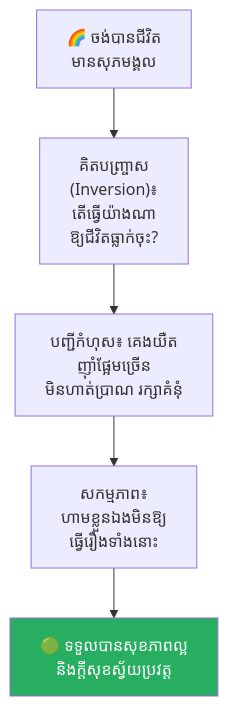
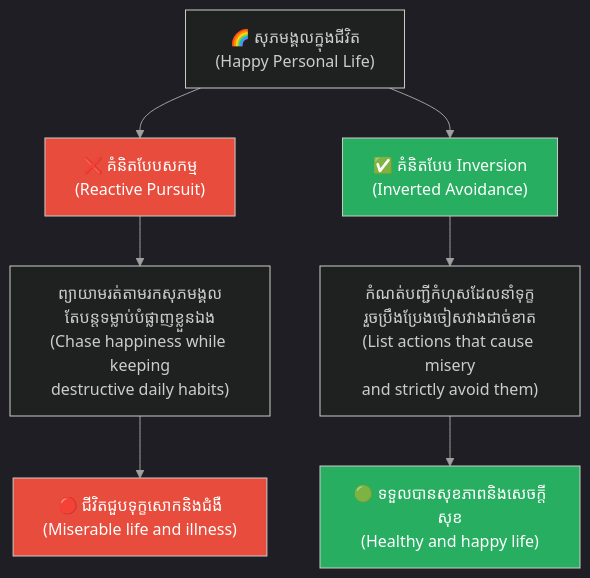
Before and after one commit to GuideStack/iblogger-feeds: the first of 5 diagrams in feeds/concepts/articles/09-inversion-principle.md, drawn with Mermaid. The commit also changed other lines of this file, not shown here.

Commit message:
docs: upgrade 09-inversion-principle.md to bilingual layout and styled diagrams

````diff
--- a/feeds/concepts/articles/09-inversion-principle.md
+++ b/feeds/concepts/articles/09-inversion-principle.md
@@ -82,9 +131,25 @@
 ```mermaid
+%%{init: {
+  'theme': 'dark',
+  'themeVariables': {
+    'background': '#1e1e1e',
+    'primaryTextColor': '#ffffff',
+    'lineColor': '#a0a0a0'
+  },
+  'themeCSS': 'svg { background-color: #1e1e1e !important; padding: 1rem !important; border-radius: 8px !important; } .edgeLabel rect { fill: #1e1e1e !important; } text, tspan { fill: #ffffff !important; }'
+}}%%
 graph TD
-    A["🌈 ចង់បានជីវិត<br/>មានសុភមង្គល"] --> B["គិតបញ្ច្រាស<br/>(Inversion)៖<br/>តើធ្វើយ៉ាងណា<br/>ឱ្យជីវិតធ្លាក់ចុះ?"]
-    B --> C["បញ្ជីកំហុស៖ គេងយឺត<br/>ញ៉ាំផ្អែមច្រើន<br/>មិនហាត់ប្រាណ រក្សាគំនុំ"]
-    C --> D["សកម្មភាព៖<br/>ហាមខ្លួនឯងមិនឱ្យ<br/>ធ្វើរឿងទាំងនោះ"]
-    D --> E["🟢 ទទួលបានសុខភាពល្អ<br/>និងក្តីសុខស្វ័យប្រវត្ត"]
+    A["🌈 សុភមង្គលក្នុងជីវិត<br/>(Happy Personal Life)"] --> B1["❌ គំនិតបែបសកម្ម<br/>(Reactive Pursuit)"]
+    A --> B2["✅ គំនិតបែប Inversion<br/>(Inverted Avoidance)"]
 
-    style E fill:#27ae60,color:#fff
+    B1 --> C1["ព្យាយាមរត់តាមរកសុភមង្គល<br/>តែបន្តទម្លាប់បំផ្លាញខ្លួនឯង<br/>(Chase happiness while keeping<br/>destructive daily habits)"]
+    C1 --> D1["🔴 ជីវិតជួបទុក្ខសោកនិងជំងឺ<br/>(Miserable life and illness)"]
+
+    B2 --> C2["កំណត់បញ្ជីកំហុសដែលនាំទុក្ខ<br/>រួចប្រឹងប្រែងចៀសវាងដាច់ខាត<br/>(List actions that cause misery<br/>and strictly avoid them)"]
+    C2 --> D2["🟢 ទទួលបានសុខភាពនិងសេចក្តីសុខ<br/>(Healthy and happy life)"]
+
+    style B1 fill:#e74c3c,color:#fff
+    style B2 fill:#27ae60,color:#fff
+    style D1 fill:#e74c3c,color:#fff
+    style D2 fill:#27ae60,color:#fff
 ```
````
